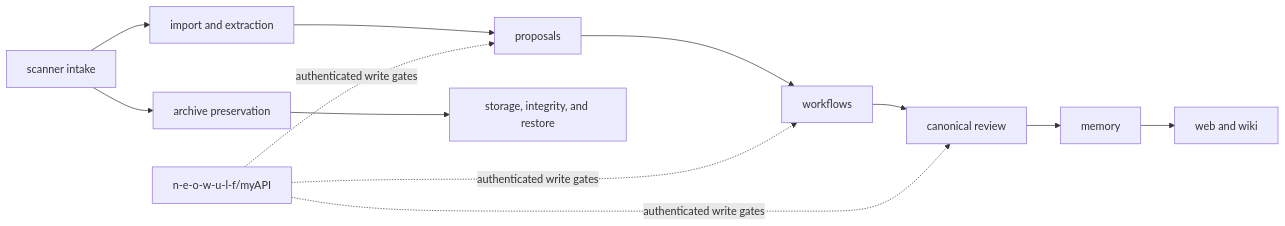
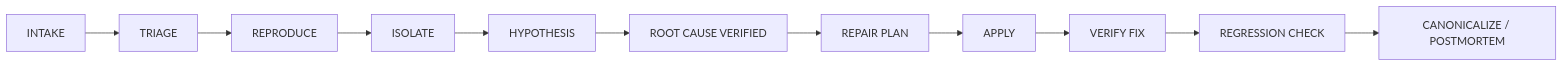
One commit to doktor-debug/.github changed the diagram in profile/README.md. Above: the diagram before and after it, drawn with Mermaid. The commit also changed other lines of this file and 2 other files, not shown here.

First line of the commit message:
Dr.Debug v2.4: update organization map and public architecture

````diff
--- a/profile/README.md
+++ b/profile/README.md
@@ -34,14 +43,13 @@
 ```mermaid
 flowchart LR
-  SC["scanner intake"] --> IM["import and extraction"]
-  IM --> PR["proposals"]
-  PR --> WF["workflows"]
-  WF --> CA["canonical review"]
-  CA --> ME["memory"]
-  ME --> PUB["web and wiki"]
-  SC --> AR["archive preservation"]
-  AR --> ST["storage, integrity, and restore"]
-  CP["n-e-o-w-u-l-f/myAPI"] -. "authenticated write gates" .-> PR
-  CP -. "authenticated write gates" .-> WF
-  CP -. "authenticated write gates" .-> CA
+  I["INTAKE"] --> T["TRIAGE"]
+  T --> R["REPRODUCE"]
+  R --> S["ISOLATE"]
+  S --> H["HYPOTHESIS"]
+  H --> C["ROOT CAUSE VERIFIED"]
+  C --> P["REPAIR PLAN"]
+  P --> A["APPLY"]
+  A --> V["VERIFY FIX"]
+  V --> G["REGRESSION CHECK"]
+  G --> K["CANONICALIZE / POSTMORTEM"]
 ```
````
